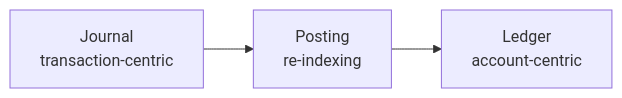
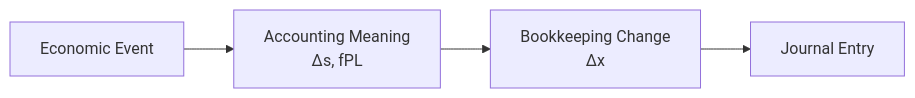
One commit to niikei/accounting-state-model changed the first of 4 diagrams in theory/06-journal-and-ledger.md. Above: the diagram before and after it, drawn with Mermaid. The commit also changed other lines of this file and 5 other files, not shown here.

````diff
--- a/theory/06-journal-and-ledger.md
+++ b/theory/06-journal-and-ledger.md
@@ -59,8 +87,9 @@
 ```mermaid
 flowchart LR
-    J["Journal<br/>transaction-centric"]
-    P["Posting<br/>re-indexing"]
-    L["Ledger<br/>account-centric"]
+    E["Economic Event"]
+    A["Accounting Meaning<br/>Δs, fPL"]
+    X["Bookkeeping Change<br/>Δx"]
+    J["Journal Entry"]
 
-    J --> P --> L
+    E --> A --> X --> J
 ```
````
